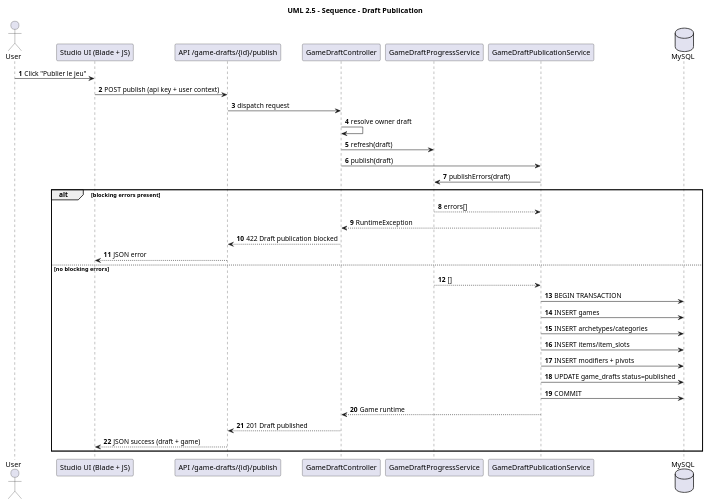
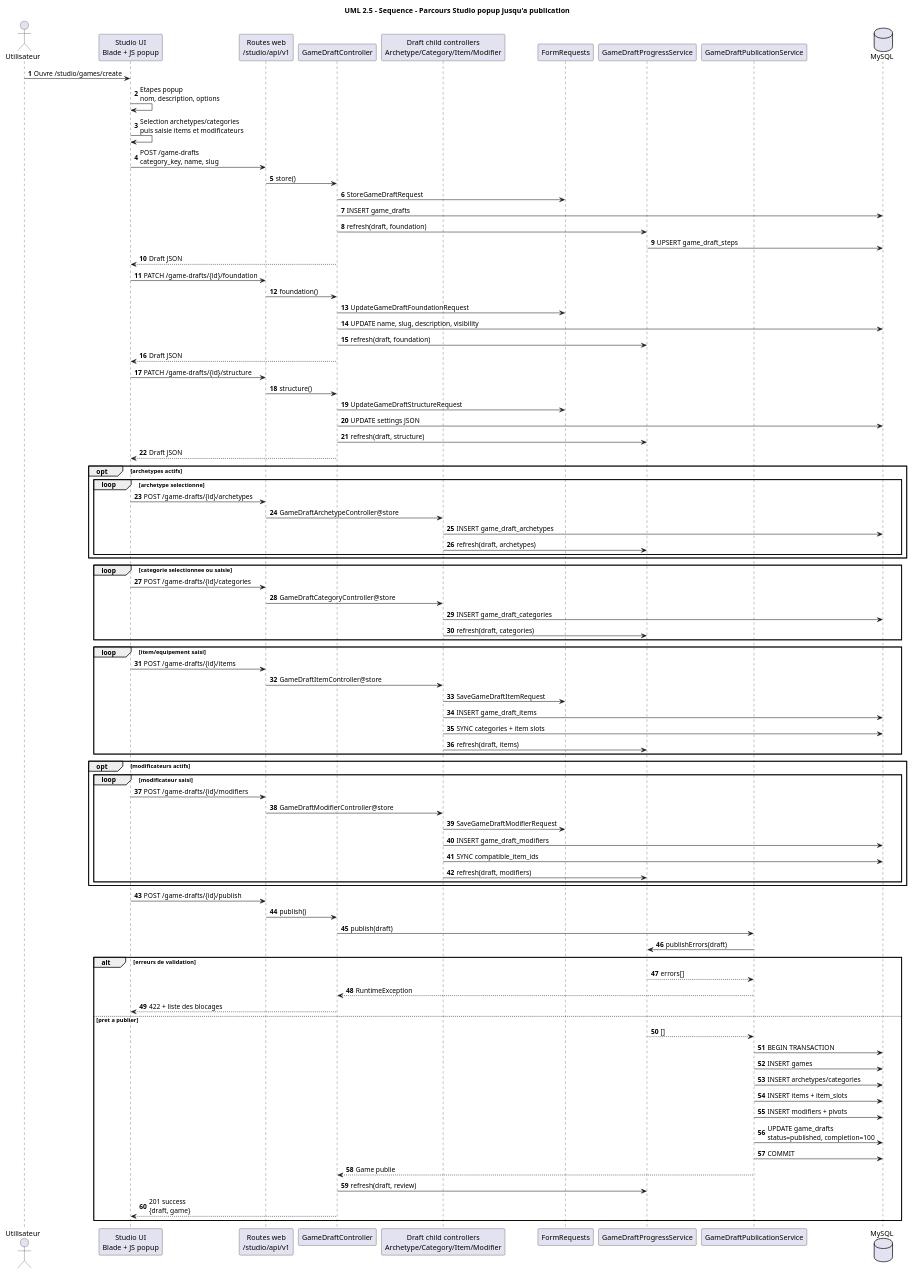
Before and after one commit to Owarino777/api_wiki_builder: the diagram in doc/livrables/uml/uml_03_sequence_draft_publish.puml, drawn with PlantUML. The commit also changed 23 other files, not shown here.

```diff
--- a/doc/livrables/uml/uml_03_sequence_draft_publish.puml
+++ b/doc/livrables/uml/uml_03_sequence_draft_publish.puml
@@ -1,40 +1,100 @@
 @startuml
-title UML 2.5 - Sequence - Draft Publication
+title UML 2.5 - Sequence - Parcours Studio popup jusqu'a publication
 autonumber
 
-actor User
-participant "Studio UI (Blade + JS)" as UI
-participant "API /game-drafts/{id}/publish" as API
-participant "GameDraftController" as Ctrl
+actor "Utilisateur" as User
+participant "Studio UI\nBlade + JS popup" as UI
+participant "Routes web\n/studio/api/v1" as WebApi
+participant "GameDraftController" as DraftCtrl
+participant "Draft child controllers\nArchetype/Category/Item/Modifier" as ChildCtrls
+participant "FormRequests" as Requests
 participant "GameDraftProgressService" as Progress
 participant "GameDraftPublicationService" as Publish
 database "MySQL" as DB
 
-User -> UI : Click "Publier le jeu"
-UI -> API : POST publish (api key + user context)
-API -> Ctrl : dispatch request
-Ctrl -> Ctrl : resolve owner draft
-Ctrl -> Progress : refresh(draft)
-Ctrl -> Publish : publish(draft)
+User -> UI : Ouvre /studio/games/create
+UI -> UI : Etapes popup\nnom, description, options
+UI -> UI : Selection archetypes/categories\npuis saisie items et modificateurs
 
+UI -> WebApi : POST /game-drafts\ncategory_key, name, slug
+WebApi -> DraftCtrl : store()
+DraftCtrl -> Requests : StoreGameDraftRequest
+DraftCtrl -> DB : INSERT game_drafts
+DraftCtrl -> Progress : refresh(draft, foundation)
+Progress -> DB : UPSERT game_draft_steps
+DraftCtrl --> UI : Draft JSON
+
+UI -> WebApi : PATCH /game-drafts/{id}/foundation
+WebApi -> DraftCtrl : foundation()
+DraftCtrl -> Requests : UpdateGameDraftFoundationRequest
+DraftCtrl -> DB : UPDATE name, slug, description, visibility
+DraftCtrl -> Progress : refresh(draft, foundation)
+DraftCtrl --> UI : Draft JSON
+
+UI -> WebApi : PATCH /game-drafts/{id}/structure
+WebApi -> DraftCtrl : structure()
+DraftCtrl -> Requests : UpdateGameDraftStructureRequest
+DraftCtrl -> DB : UPDATE settings JSON
+DraftCtrl -> Progress : refresh(draft, structure)
+DraftCtrl --> UI : Draft JSON
+
+opt archetypes actifs
+  loop archetype selectionne
+    UI -> WebApi : POST /game-drafts/{id}/archetypes
+    WebApi -> ChildCtrls : GameDraftArchetypeController@store
+    ChildCtrls -> DB : INSERT game_draft_archetypes
+    ChildCtrls -> Progress : refresh(draft, archetypes)
+  end
+end
+
+loop categorie selectionnee ou saisie
+  UI -> WebApi : POST /game-drafts/{id}/categories
+  WebApi -> ChildCtrls : GameDraftCategoryController@store
+  ChildCtrls -> DB : INSERT game_draft_categories
+  ChildCtrls -> Progress : refresh(draft, categories)
+end
+
+loop item/equipement saisi
+  UI -> WebApi : POST /game-drafts/{id}/items
+  WebApi -> ChildCtrls : GameDraftItemController@store
+  ChildCtrls -> Requests : SaveGameDraftItemRequest
+  ChildCtrls -> DB : INSERT game_draft_items
+  ChildCtrls -> DB : SYNC categories + item slots
+  ChildCtrls -> Progress : refresh(draft, items)
+end
+
+opt modificateurs actifs
+  loop modificateur saisi
+    UI -> WebApi : POST /game-drafts/{id}/modifiers
+    WebApi -> ChildCtrls : GameDraftModifierController@store
+    ChildCtrls -> Requests : SaveGameDraftModifierRequest
+    ChildCtrls -> DB : INSERT game_draft_modifiers
+    ChildCtrls -> DB : SYNC compatible_item_ids
+    ChildCtrls -> Progress : refresh(draft, modifiers)
+  end
+end
+
+UI -> WebApi : POST /game-drafts/{id}/publish
+WebApi -> DraftCtrl : publish()
+DraftCtrl -> Publish : publish(draft)
 Publish -> Progress : publishErrors(draft)
-alt blocking errors present
+
+alt erreurs de validation
   Progress --> Publish : errors[]
-  Publish --> Ctrl : RuntimeException
-  Ctrl --> API : 422 Draft publication blocked
-  API --> UI : JSON error
-else no blocking errors
+  Publish --> DraftCtrl : RuntimeException
+  DraftCtrl --> UI : 422 + liste des blocages
+else pret a publier
   Progress --> Publish : []
   Publish -> DB : BEGIN TRANSACTION
   Publish -> DB : INSERT games
   Publish -> DB : INSERT archetypes/categories
-  Publish -> DB : INSERT items/item_slots
+  Publish -> DB : INSERT items + item_slots
   Publish -> DB : INSERT modifiers + pivots
-  Publish -> DB : UPDATE game_drafts status=published
+  Publish -> DB : UPDATE game_drafts\nstatus=published, completion=100
   Publish -> DB : COMMIT
-  Publish --> Ctrl : Game runtime
-  Ctrl --> API : 201 Draft published
-  API --> UI : JSON success (draft + game)
+  Publish --> DraftCtrl : Game publie
+  DraftCtrl -> Progress : refresh(draft, review)
+  DraftCtrl --> UI : 201 success\n{draft, game}
 end
 
 @enduml
```
